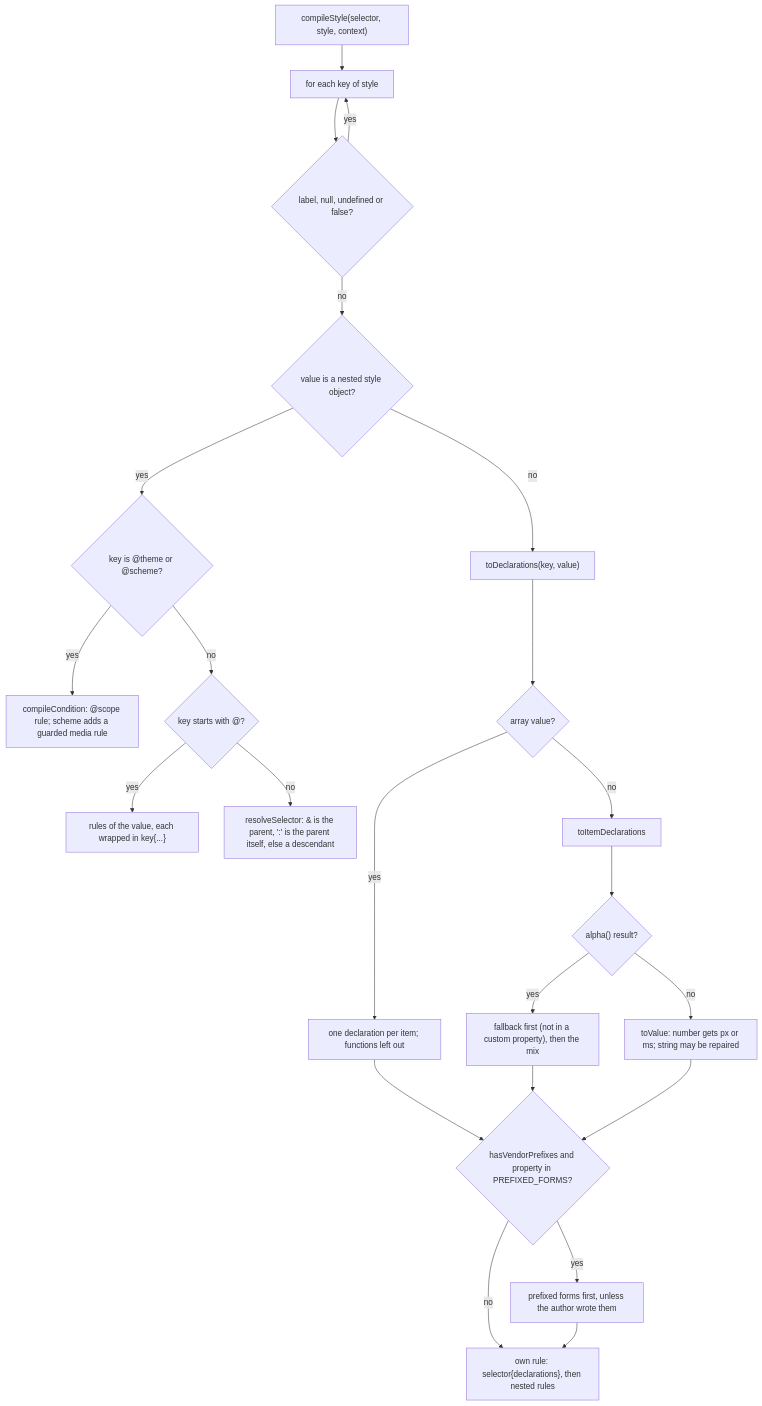
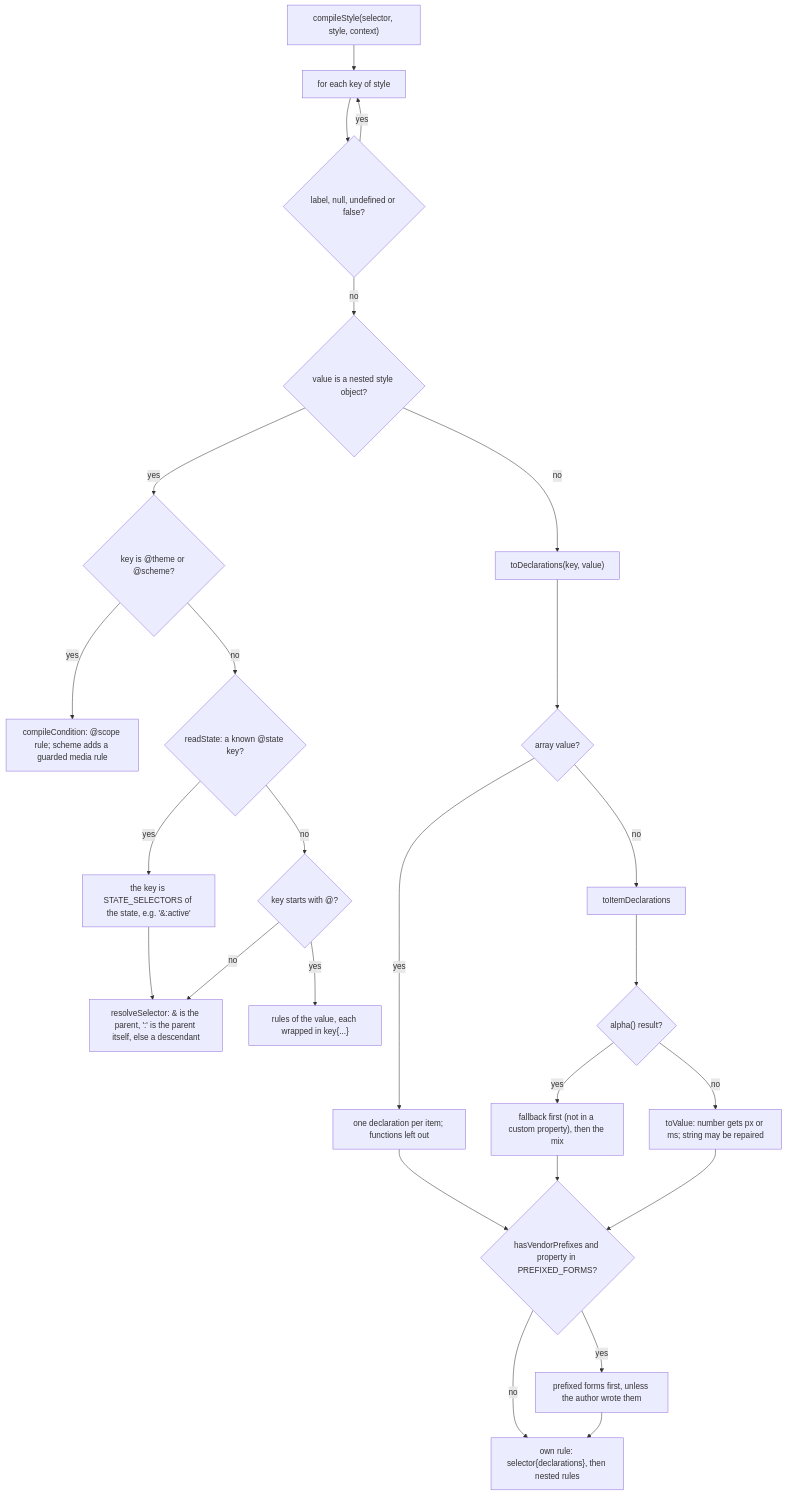
One commit to soroush-tech/umber-style changed the diagram in packages/core/src/serialize.md. Above: the diagram before and after it, drawn with Mermaid. The commit also changed other lines of this file and 80 other files, not shown here.

````diff
--- a/packages/core/src/serialize.md
+++ b/packages/core/src/serialize.md
@@ -24,25 +24,28 @@
 ```mermaid
 flowchart TD
   start["compileStyle(selector, style, context)"] --> each["for each key of style"]
   each --> skip{"label, null, undefined or false?"}
   skip -->|yes| each
   skip -->|no| obj{"value is a nested style object?"}
   obj -->|yes| cond{"key is @theme or @scheme?"}
   cond -->|yes| scoped["compileCondition: @scope rule; scheme adds a guarded media rule"]
-  cond -->|no| at{"key starts with @?"}
+  cond -->|no| state{"readState: a known @state key?"}
+  state -->|yes| swap["the key is STATE_SELECTORS of the state, e.g. '&:active'"]
+  state -->|no| at{"key starts with @?"}
+  swap --> sel
   at -->|yes| wrap["rules of the value, each wrapped in key{...}"]
   at -->|no| sel["resolveSelector: & is the parent, ':' is the parent itself, else a descendant"]
   obj -->|no| decl["toDeclarations(key, value)"]
   decl --> list{"array value?"}
   list -->|yes| items["one declaration per item; functions left out"]
   list -->|no| item["toItemDeclarations"]
   item --> alpha{"alpha() result?"}
   alpha -->|yes| fb["fallback first (not in a custom property), then the mix"]
   alpha -->|no| val["toValue: number gets px or ms; string may be repaired"]
   items --> pre{"hasVendorPrefixes and property in PREFIXED_FORMS?"}
   fb --> pre
   val --> pre
   pre -->|yes| pf["prefixed forms first, unless the author wrote them"]
   pre -->|no| out
   pf --> out["own rule: selector{declarations}, then nested rules"]
 ```
````
